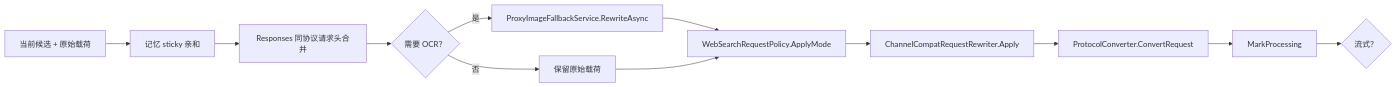
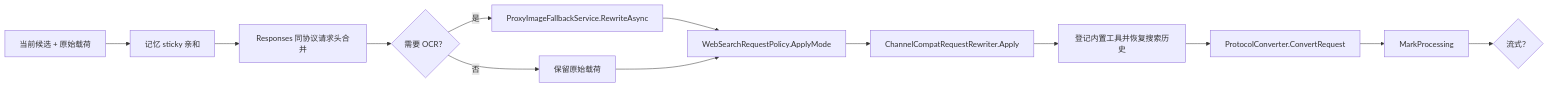
Before and after one commit to shL1481558059/OpenCodex: the fourth of 7 diagrams in doc/proxy-conversion/01-overview/02-architecture-and-end-to-end-flow.md, drawn with Mermaid. The commit also changed other lines of this file and 56 other files, not shown here.

````diff
--- a/doc/proxy-conversion/01-overview/02-architecture-and-end-to-end-flow.md
+++ b/doc/proxy-conversion/01-overview/02-architecture-and-end-to-end-flow.md
@@ -266,14 +268,15 @@
 ```mermaid
 flowchart LR
     A["当前候选 + 原始载荷"] --> B["记忆 sticky 亲和"]
     B --> C["Responses 同协议请求头合并"]
     C --> D{"需要 OCR？"}
     D -- "是" --> E["ProxyImageFallbackService.RewriteAsync"]
     D -- "否" --> F["保留原始载荷"]
     E --> G["WebSearchRequestPolicy.ApplyMode"]
     F --> G
     G --> H["ChannelCompatRequestRewriter.Apply"]
-    H --> I["ProtocolConverter.ConvertRequest"]
+    H --> WS["登记内置工具并恢复搜索历史"]
+    WS --> I["ProtocolConverter.ConvertRequest"]
     I --> J["MarkProcessing"]
     J --> K{"流式？"}
 ```
````
